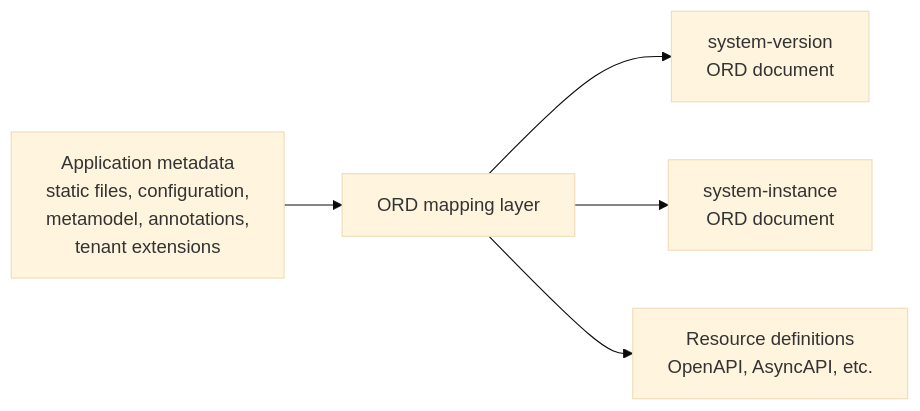
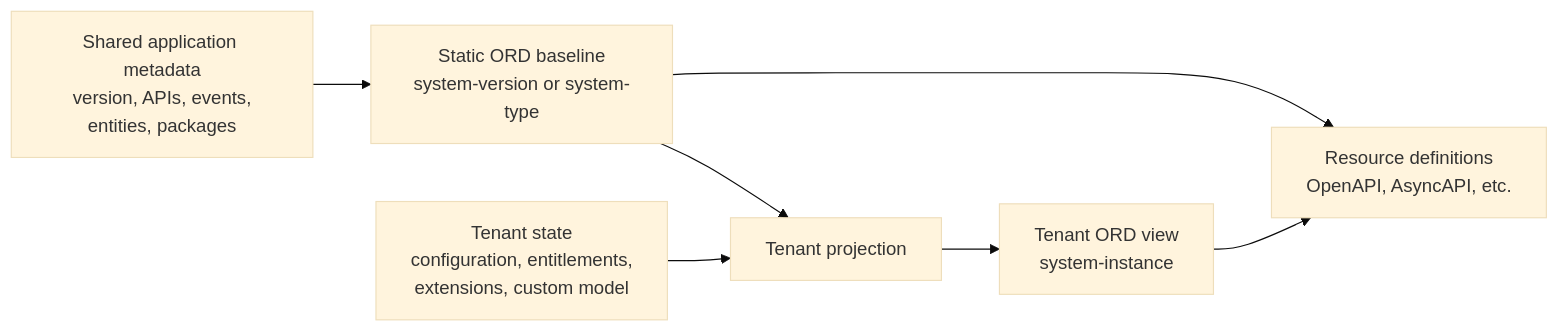
Before and after one commit to open-resource-discovery/specification: the first of 2 diagrams in docs/spec-v1/concepts/implementing-ord-natively.md, drawn with Mermaid (base theme). The commit also changed other lines of this file, not shown here.

````diff
--- a/docs/spec-v1/concepts/implementing-ord-natively.md
+++ b/docs/spec-v1/concepts/implementing-ord-natively.md
@@ -128,13 +129,16 @@
 ```mermaid
 flowchart LR
-    Sources["Application metadata<br/>static files, configuration,<br/>metamodel, annotations,<br/>tenant extensions"]
-    Mapper["ORD mapping layer"]
-    Static["system-version<br/>ORD document"]
-    Dynamic["system-instance<br/>ORD document"]
+    Shared["Shared application metadata<br/>version, APIs, events,<br/>entities, packages"]
+    Baseline["Static ORD baseline<br/>system-version or system-type"]
+    TenantState["Tenant state<br/>configuration, entitlements,<br/>extensions, custom model"]
+    Projection["Tenant projection"]
+    Dynamic["Tenant ORD view<br/>system-instance"]
     Definitions["Resource definitions<br/>OpenAPI, AsyncAPI, etc."]
 
-    Sources --> Mapper
-    Mapper --> Static
-    Mapper --> Dynamic
-    Mapper --> Definitions
+    Shared --> Baseline
+    Baseline --> Projection
+    TenantState --> Projection
+    Projection --> Dynamic
+    Baseline --> Definitions
+    Dynamic --> Definitions
 ```
````
